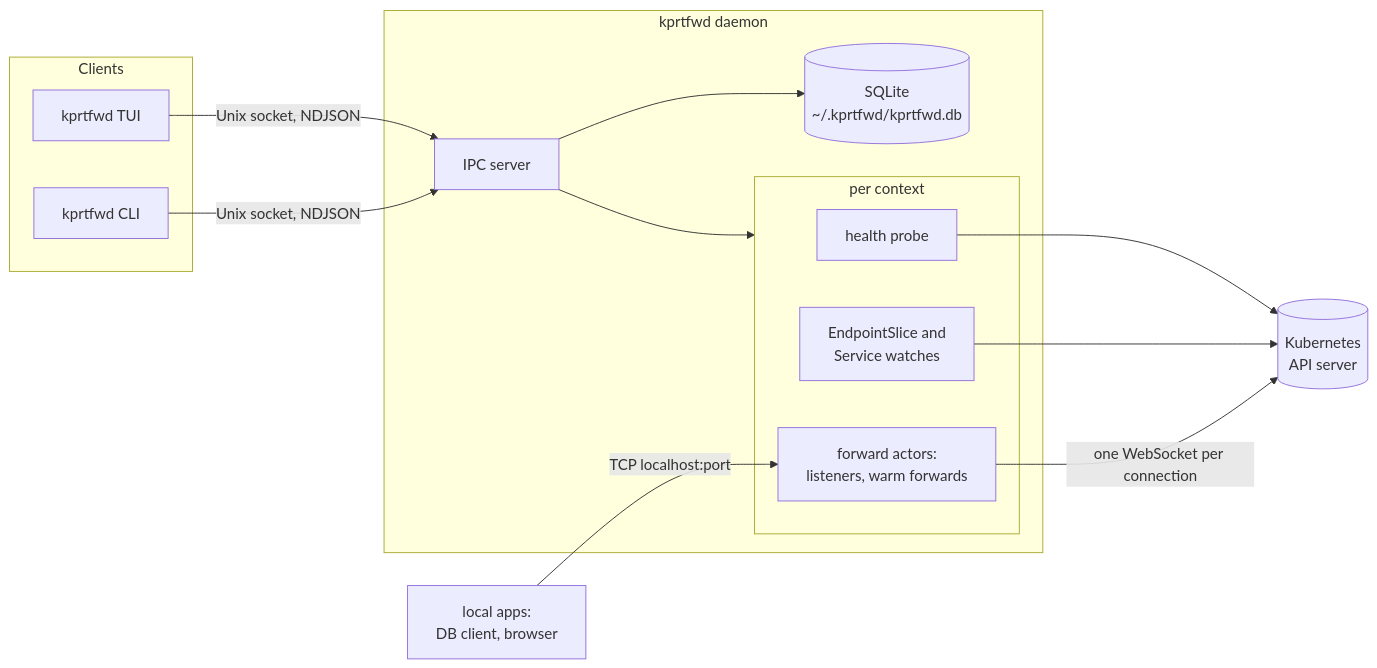
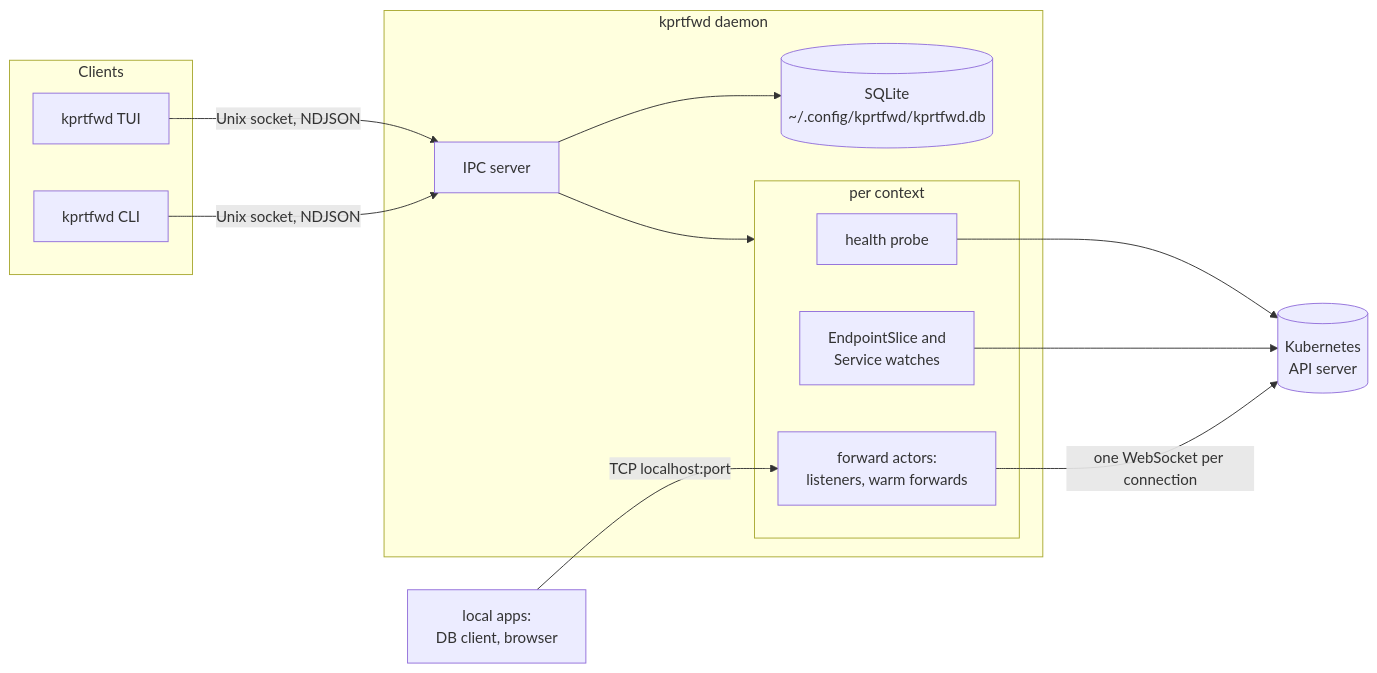
Before and after one commit to xlttj/kprtfwd: the diagram in v2/docs/architecture.md, drawn with Mermaid. The commit also changed other lines of this file and 17 other files, not shown here.

First line of the commit message:
feat(v2): move data to ~/.config/kprtfwd and stop forwards on quit

````diff
--- a/v2/docs/architecture.md
+++ b/v2/docs/architecture.md
@@ -104,26 +106,26 @@
 ```mermaid
 flowchart LR
   subgraph clients[Clients]
     TUI[kprtfwd TUI]
     CLI[kprtfwd CLI]
   end
   subgraph daemon[kprtfwd daemon]
     IPC[IPC server]
-    STORE[(SQLite<br/>~/.kprtfwd/kprtfwd.db)]
+    STORE[(SQLite<br/>~/.config/kprtfwd/kprtfwd.db)]
     subgraph ctx[per context]
       HEALTH[health probe]
       WATCH[EndpointSlice and<br/>Service watches]
       FWD[forward actors:<br/>listeners, warm forwards]
     end
   end
   API[(Kubernetes<br/>API server)]
   APP[local apps:<br/>DB client, browser]
   TUI -- Unix socket, NDJSON --> IPC
   CLI -- Unix socket, NDJSON --> IPC
   IPC --> STORE
   IPC --> ctx
   APP -- TCP localhost:port --> FWD
   HEALTH --> API
   WATCH --> API
   FWD -- one WebSocket per connection --> API
 ```
````
